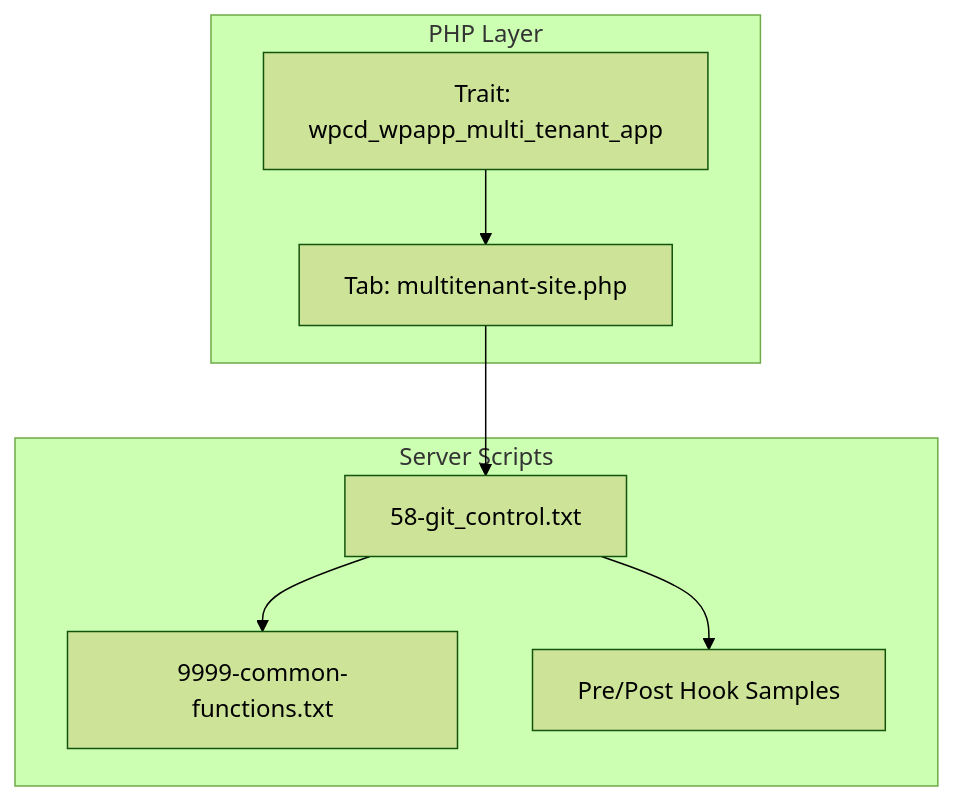
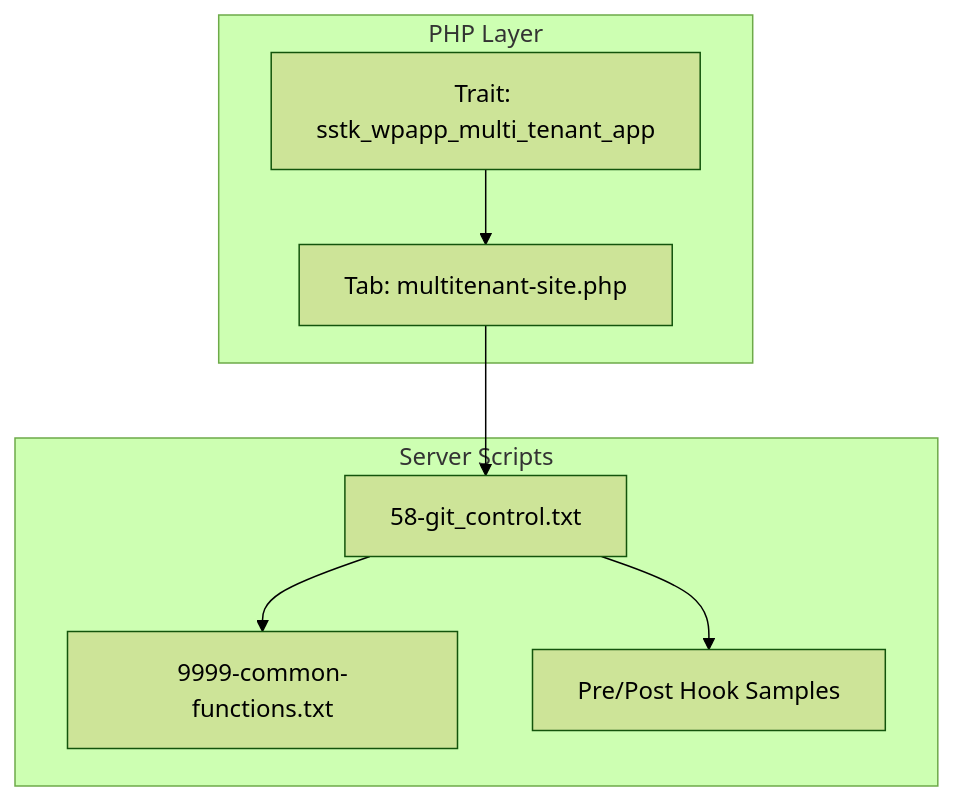
One commit to onedogsolutions/simple-stack changed the first of 7 diagrams in .qoder/repowiki/en/content/WordPress Application Engine/Customization & Extension Points/Multi-Tenant Architecture & Site Isolation.md. Above: the diagram before and after it, drawn with Mermaid (forest theme). The commit also changed other lines of this file and 5941 other files, not shown here.

````diff
--- a/.qoder/repowiki/en/content/WordPress Application Engine/Customization & Extension Points/Multi-Tenant Architecture & Site Isolation.md
+++ b/.qoder/repowiki/en/content/WordPress Application Engine/Customization & Extension Points/Multi-Tenant Architecture & Site Isolation.md
@@ -36,16 +36,16 @@
 ```mermaid
 graph TB
 subgraph "PHP Layer"
-MT_Trait["Trait: wpcd_wpapp_multi_tenant_app"]
+MT_Trait["Trait: sstk_wpapp_multi_tenant_app"]
 MT_Tab["Tab: multitenant-site.php"]
 end
 subgraph "Server Scripts"
 GitCtrl["58-git_control.txt"]
 Common["9999-common-functions.txt"]
 Samples["Pre/Post Hook Samples"]
 end
 MT_Trait --> MT_Tab
 MT_Tab --> GitCtrl
 GitCtrl --> Common
 GitCtrl --> Samples
 ```
````
